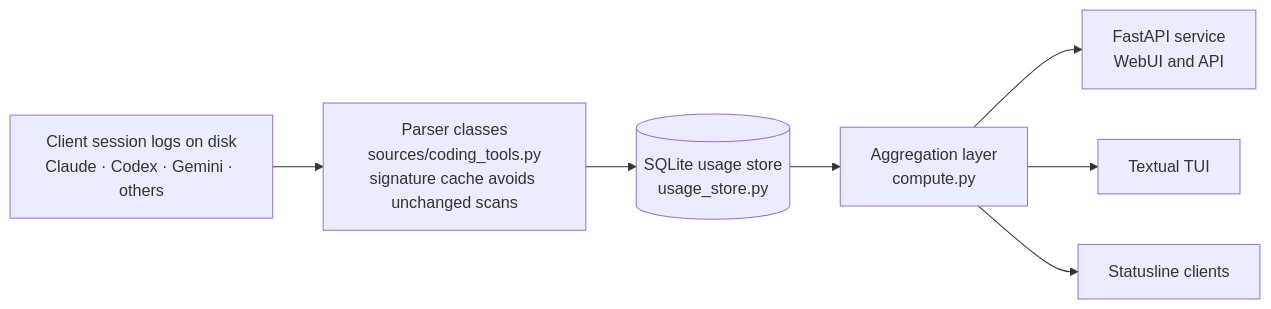
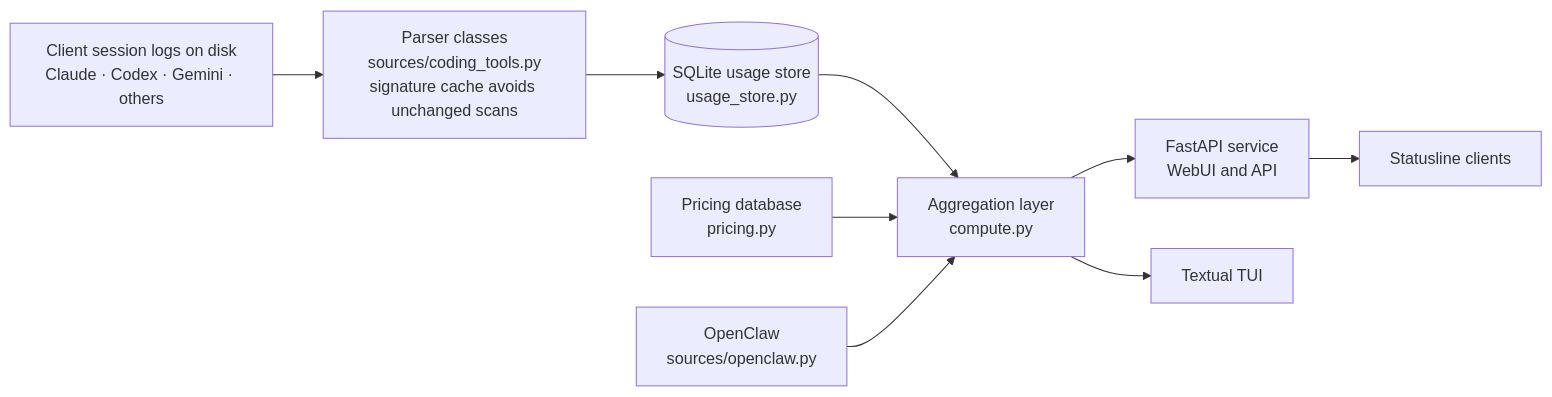
One commit to JingbiaoMei/Tokdash changed the diagram in docs/development/ARCHITECTURE.md. Above: the diagram before and after it, drawn with Mermaid. The commit also changed other lines of this file and 1 other file, not shown here.

````diff
--- a/docs/development/ARCHITECTURE.md
+++ b/docs/development/ARCHITECTURE.md
@@ -7,15 +7,19 @@
 ```mermaid
 flowchart LR
     Logs["Client session logs on disk<br/>Claude · Codex · Gemini · others"]
     Parsers["Parser classes<br/>sources/coding_tools.py<br/>signature cache avoids unchanged scans"]
     Store[("SQLite usage store<br/>usage_store.py")]
     Compute["Aggregation layer<br/>compute.py"]
     API["FastAPI service<br/>WebUI and API"]
     TUI["Textual TUI"]
     Statusline["Statusline clients"]
+    Pricing["Pricing database<br/>pricing.py"]
+    OpenClaw["OpenClaw<br/>sources/openclaw.py"]
 
     Logs --> Parsers --> Store --> Compute
     Compute --> API
     Compute --> TUI
-    Compute --> Statusline
+    API --> Statusline
+    Pricing --> Compute
+    OpenClaw --> Compute
 ```
````
